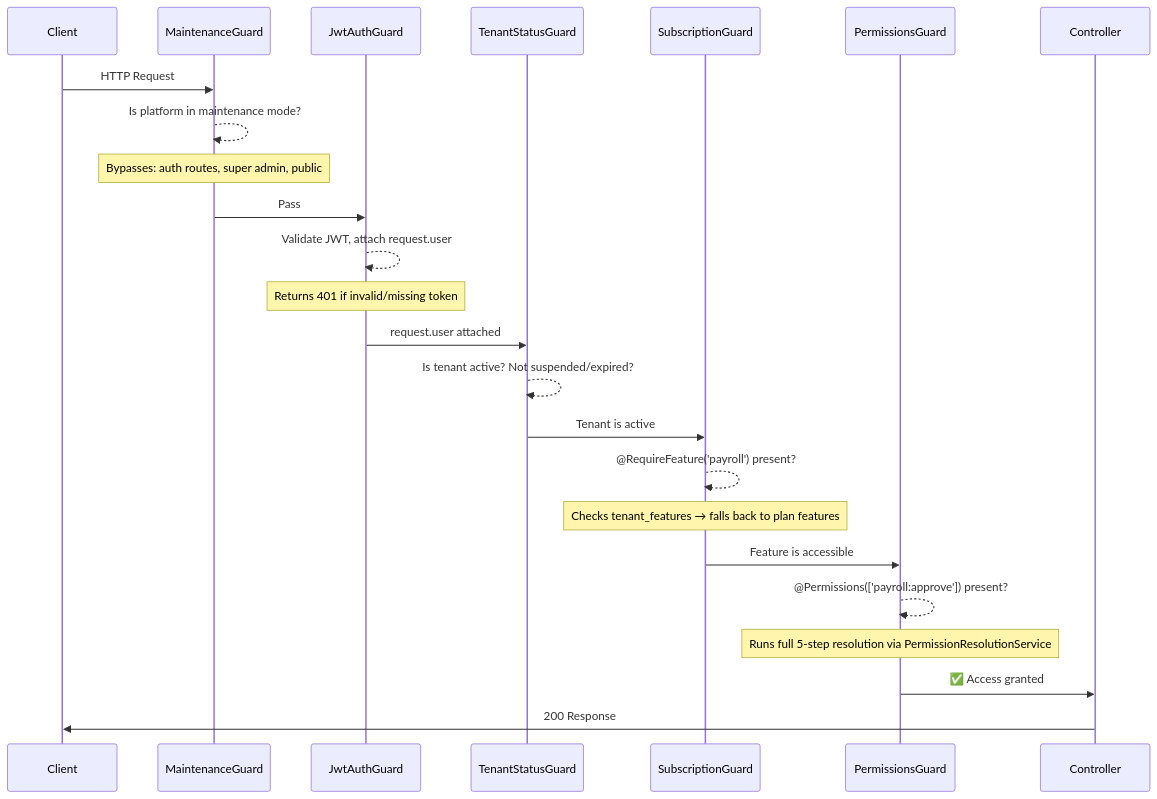
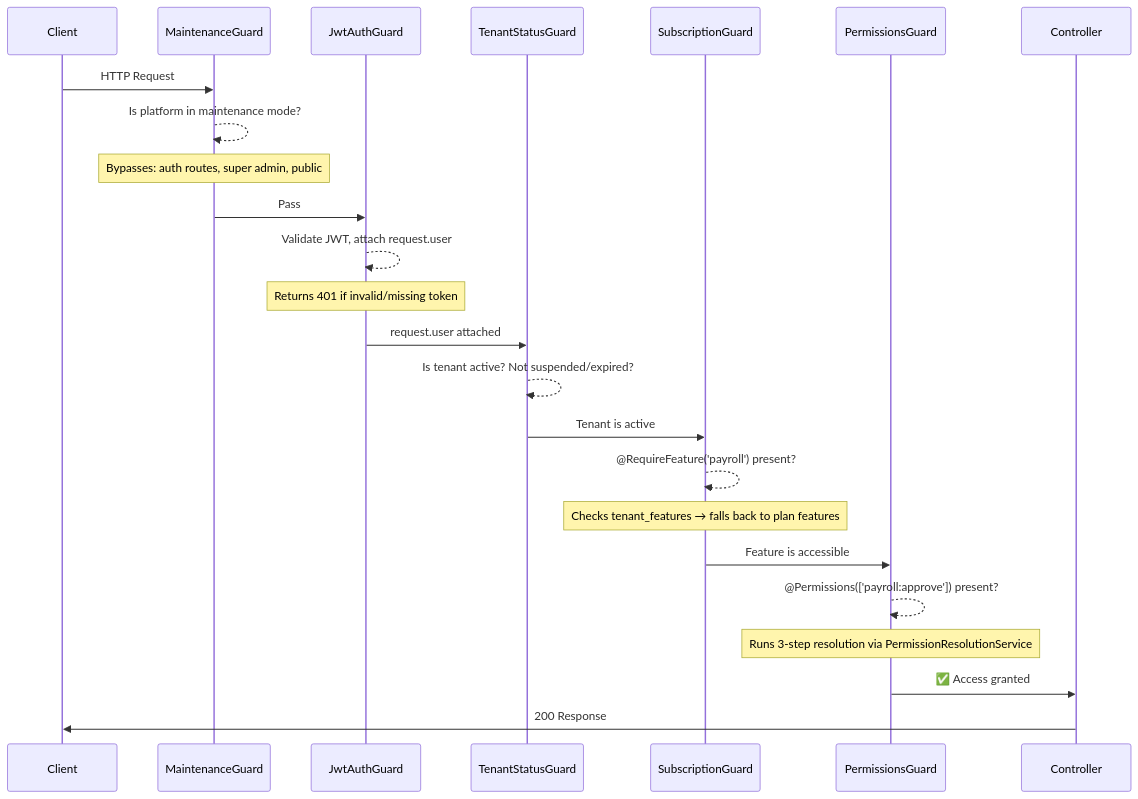
One commit to gowtamkumar/eCommerce-multi-store-saas-erp changed the third of 4 diagrams in doc/system-design/subscription-and-features.md. Above: the diagram before and after it, drawn with Mermaid. The commit also changed other lines of this file and 9 other files, not shown here.

````diff
--- a/doc/system-design/subscription-and-features.md
+++ b/doc/system-design/subscription-and-features.md
@@ -428,32 +418,32 @@
 ```mermaid
 sequenceDiagram
     participant Client
     participant MaintenanceGuard
     participant JwtAuthGuard
     participant TenantStatusGuard
     participant SubscriptionGuard
     participant PermissionsGuard
     participant Controller
 
     Client->>MaintenanceGuard: HTTP Request
     MaintenanceGuard-->>MaintenanceGuard: Is platform in maintenance mode?
     Note over MaintenanceGuard: Bypasses: auth routes, super admin, public
 
     MaintenanceGuard->>JwtAuthGuard: Pass
     JwtAuthGuard-->>JwtAuthGuard: Validate JWT, attach request.user
     Note over JwtAuthGuard: Returns 401 if invalid/missing token
 
     JwtAuthGuard->>TenantStatusGuard: request.user attached
     TenantStatusGuard-->>TenantStatusGuard: Is tenant active? Not suspended/expired?
 
     TenantStatusGuard->>SubscriptionGuard: Tenant is active
     SubscriptionGuard-->>SubscriptionGuard: @RequireFeature('payroll') present?
     Note over SubscriptionGuard: Checks tenant_features → falls back to plan features
 
     SubscriptionGuard->>PermissionsGuard: Feature is accessible
     PermissionsGuard-->>PermissionsGuard: @Permissions(['payroll:approve']) present?
-    Note over PermissionsGuard: Runs full 5-step resolution via PermissionResolutionService
+    Note over PermissionsGuard: Runs 3-step resolution via PermissionResolutionService
 
     PermissionsGuard->>Controller: ✅ Access granted
     Controller->>Client: 200 Response
 ```
````
